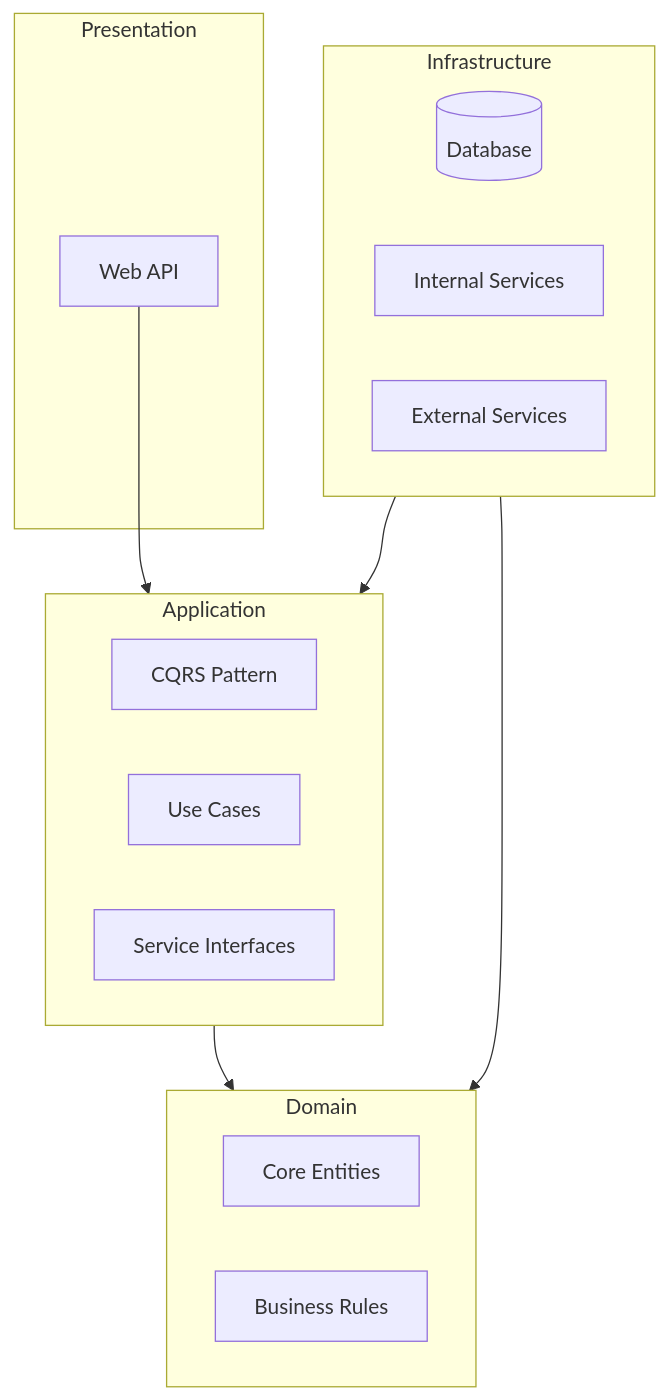
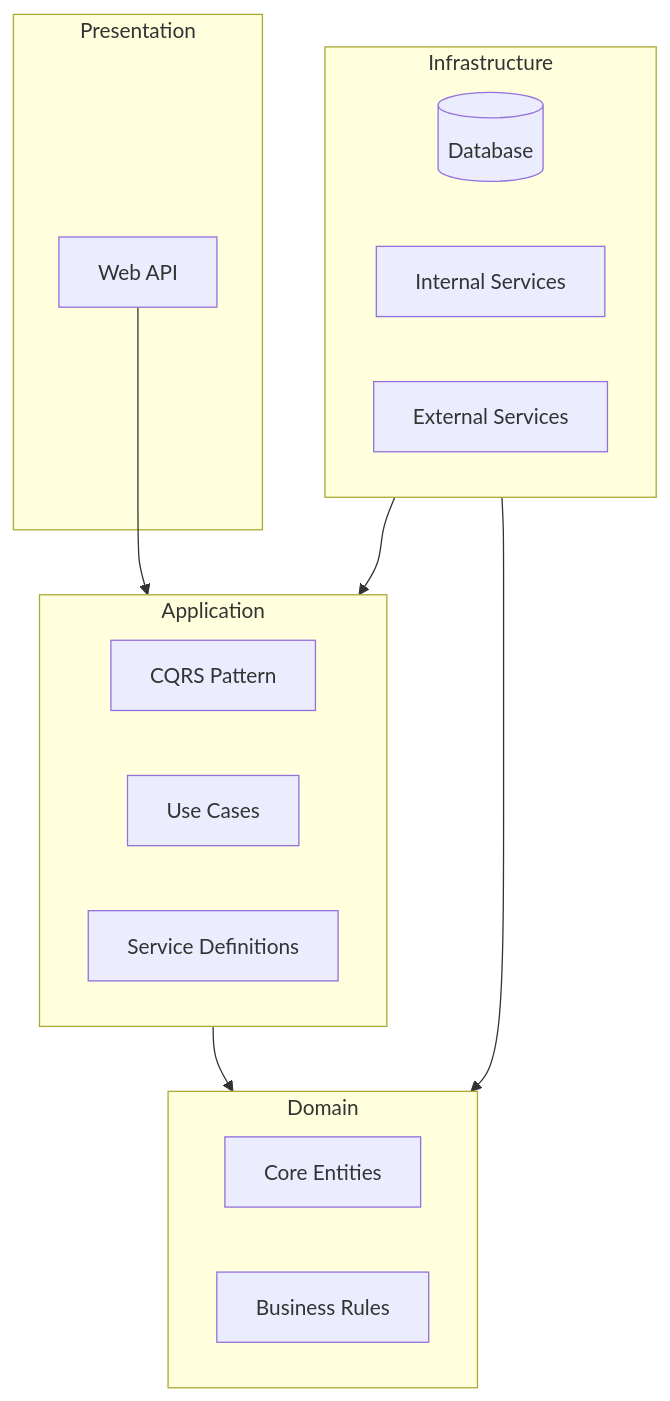
Before and after one commit to Radoslaw-Wolnik/Licencjat: the diagram in README.md, drawn with Mermaid. The commit also changed other lines of this file and 26 other files, not shown here.

````diff
--- a/README.md
+++ b/README.md
@@ -18,28 +18,28 @@
 ```mermaid
 flowchart TD
     subgraph Presentation
     API[Web API]
     end
     
     subgraph Application
     CQRS[CQRS Pattern]
     UseCases[Use Cases]
-    Interfaces[Service Interfaces]
+    Interfaces[Service Definitions]
     end
     
     subgraph Domain
     Entities[Core Entities]
     BusinessRules[Business Rules]
     end
     
     subgraph Infrastructure
     DB[(Database)]
     Internal[Internal Services]
     External[External Services]
     end
     
     API --> Application
     Application --> Domain
     Infrastructure --> Application
     Infrastructure --> Domain
 ```
````
